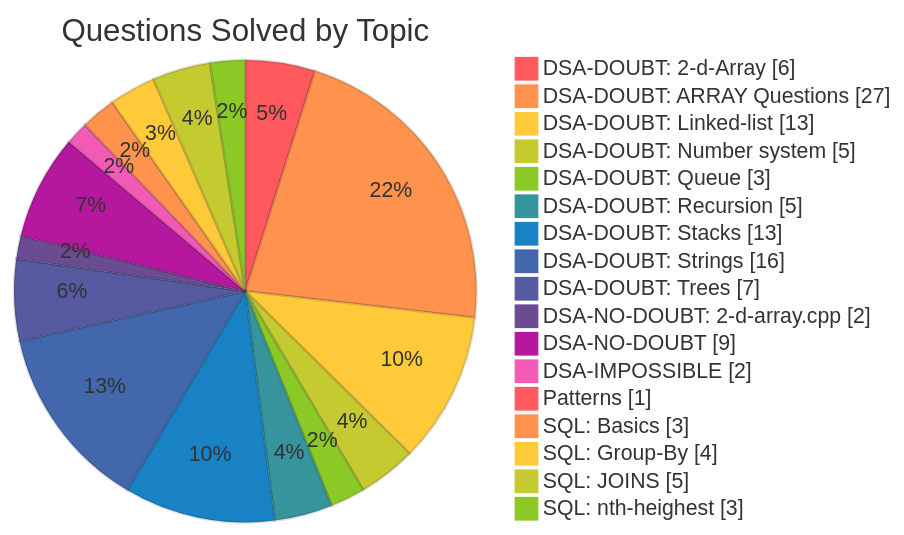
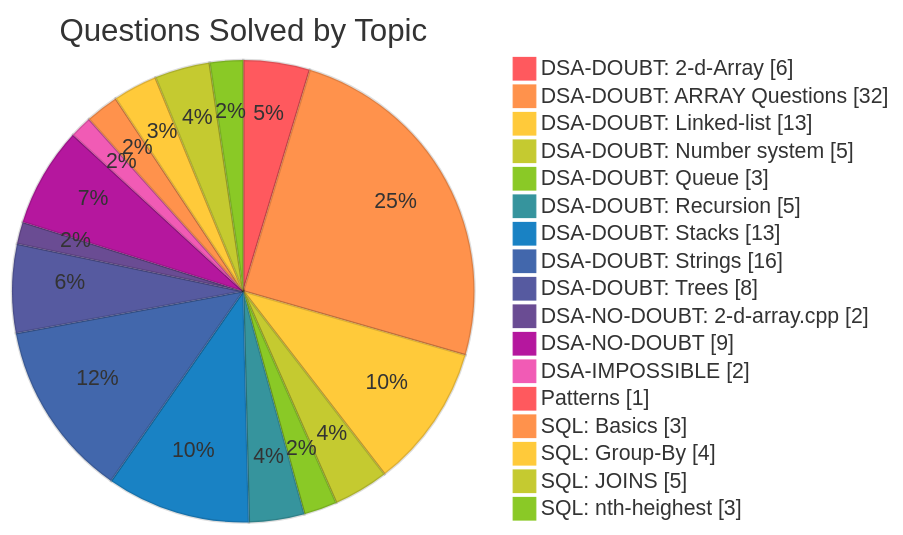
One commit to PixxySynchronous/LEETCODE changed the diagram in README.md. Above: the diagram before and after it, drawn with Mermaid. The commit also changed other lines of this file, not shown here.

````diff
--- a/README.md
+++ b/README.md
@@ -25,22 +25,22 @@
 ```mermaid
 %%{init: {'theme': 'base', 'themeVariables': {'pie1': '#ff595e', 'pie2': '#ff924c', 'pie3': '#ffca3a', 'pie4': '#c5ca30','pie5': '#8ac926', 'pie6': '#36949d', 'pie7': '#1982c4', 'pie8': '#4267ac','pie9': '#565aa0', 'pie10': '#6a4c93', 'pie11': '#b5179e', 'pie12': '#f15bb5','pieOpacity': '1', 'pieStrokeColor': '#00000022', 'pieOuterStrokeWidth': '0'}}}%%
 pie showData
     title Questions Solved by Topic
     "DSA-DOUBT: 2-d-Array" : 6
-    "DSA-DOUBT: ARRAY Questions" : 27
+    "DSA-DOUBT: ARRAY Questions" : 32
     "DSA-DOUBT: Linked-list" : 13
     "DSA-DOUBT: Number system" : 5
     "DSA-DOUBT: Queue" : 3
     "DSA-DOUBT: Recursion" : 5
     "DSA-DOUBT: Stacks " : 13
     "DSA-DOUBT: Strings" : 16
-    "DSA-DOUBT: Trees" : 7
+    "DSA-DOUBT: Trees" : 8
     "DSA-NO-DOUBT: 2-d-array.cpp" : 2
     "DSA-NO-DOUBT" : 9
     "DSA-IMPOSSIBLE" : 2
     "Patterns" : 1
     "SQL: Basics" : 3
     "SQL: Group-By" : 4
     "SQL: JOINS" : 5
     "SQL: nth-heighest" : 3
 ```
````
